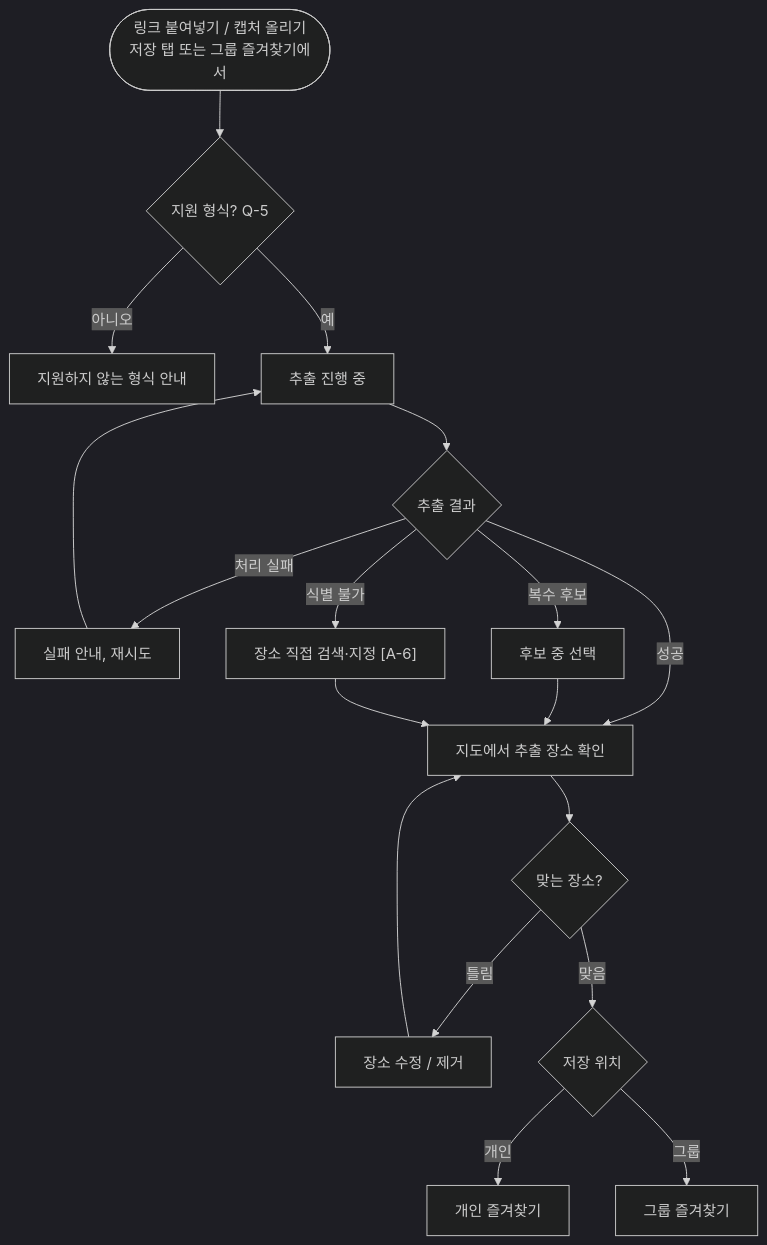
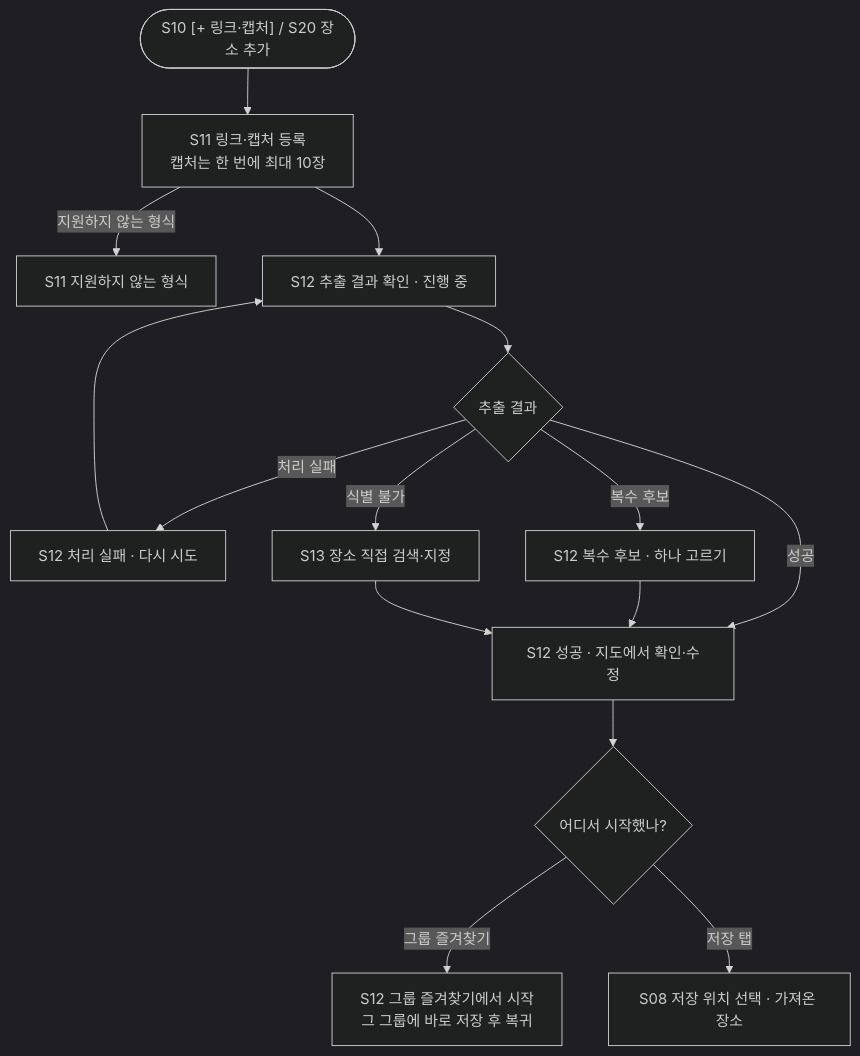
Before and after one commit to a204-eodilog/eodilog: the seventh of 24 diagrams in docs/flow/user-flow.md, drawn with Mermaid (dark theme). The commit also changed other lines of this file, not shown here.

````diff
--- a/docs/flow/user-flow.md
+++ b/docs/flow/user-flow.md
@@ -176,18 +189,16 @@
 ```mermaid
 flowchart TD
-    IN(["링크 붙여넣기 / 캡처 올리기<br/>저장 탭 또는 그룹 즐겨찾기에서"]) --> FMT{"지원 형식? Q-5"}
-    FMT -- "아니오" --> UNS["지원하지 않는 형식 안내"]
-    FMT -- "예" --> RUN["추출 진행 중"]
+    IN(["S10 [+ 링크·캡처] / S20 장소 추가"]) --> S11["S11 링크·캡처 등록<br/>캡처는 한 번에 최대 10장"]
+    S11 -- "지원하지 않는 형식" --> S11E["S11 지원하지 않는 형식"]
+    S11 --> RUN["S12 추출 결과 확인 · 진행 중"]
     RUN --> RES{"추출 결과"}
-    RES -- "처리 실패" --> FAIL["실패 안내, 재시도"] --> RUN
-    RES -- "식별 불가" --> MAN["장소 직접 검색·지정 [A-6]"]
-    RES -- "복수 후보" --> CAND["후보 중 선택"]
-    RES -- "성공" --> CONF["지도에서 추출 장소 확인"]
-    CAND --> CONF
-    MAN --> CONF
-    CONF --> FIX{"맞는 장소?"}
-    FIX -- "틀림" --> EDIT["장소 수정 / 제거"] --> CONF
-    FIX -- "맞음" --> TO{"저장 위치"}
-    TO -- "개인" --> PF["개인 즐겨찾기"]
-    TO -- "그룹" --> GF["그룹 즐겨찾기"]
+    RES -- "처리 실패" --> FAIL["S12 처리 실패 · 다시 시도"] --> RUN
+    RES -- "식별 불가" --> S13["S13 장소 직접 검색·지정"]
+    RES -- "복수 후보" --> CAND["S12 복수 후보 · 하나 고르기"]
+    RES -- "성공" --> OK["S12 성공 · 지도에서 확인·수정"]
+    CAND --> OK
+    S13 --> OK
+    OK --> FROM{"어디서 시작했나?"}
+    FROM -- "그룹 즐겨찾기" --> GRP["S12 그룹 즐겨찾기에서 시작<br/>그 그룹에 바로 저장 후 복귀"]
+    FROM -- "저장 탭" --> S08["S08 저장 위치 선택 · 가져온 장소"]
 ```
````
